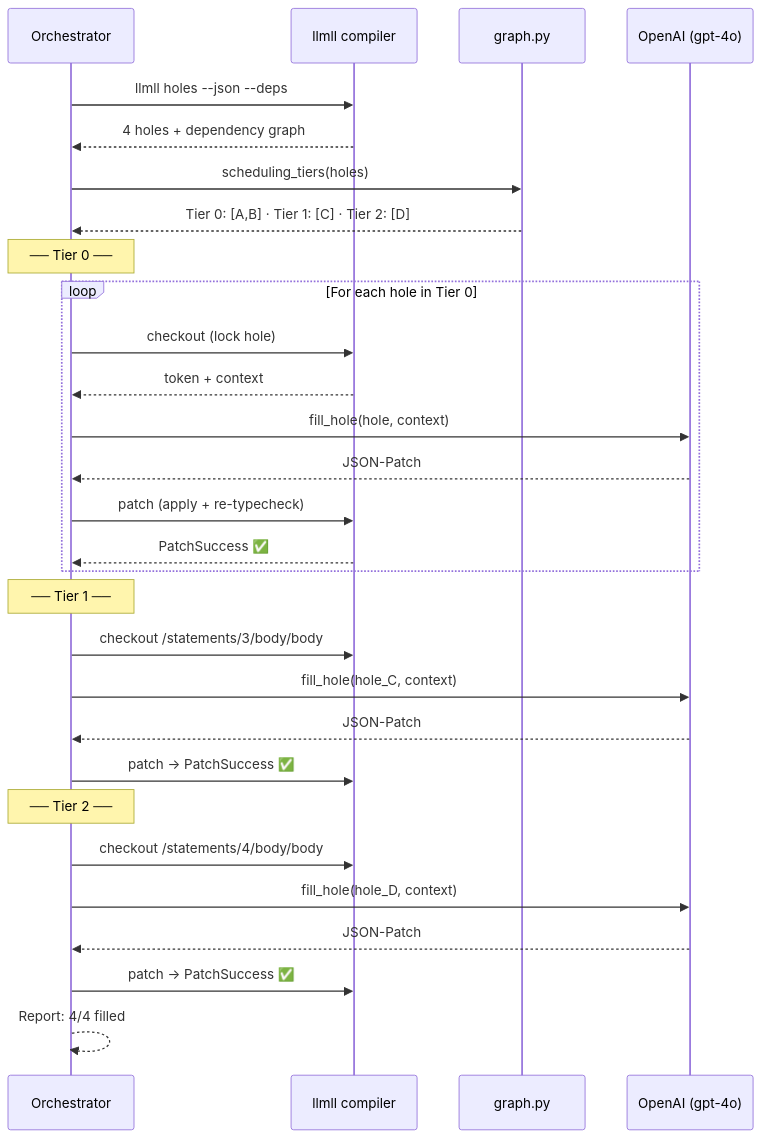
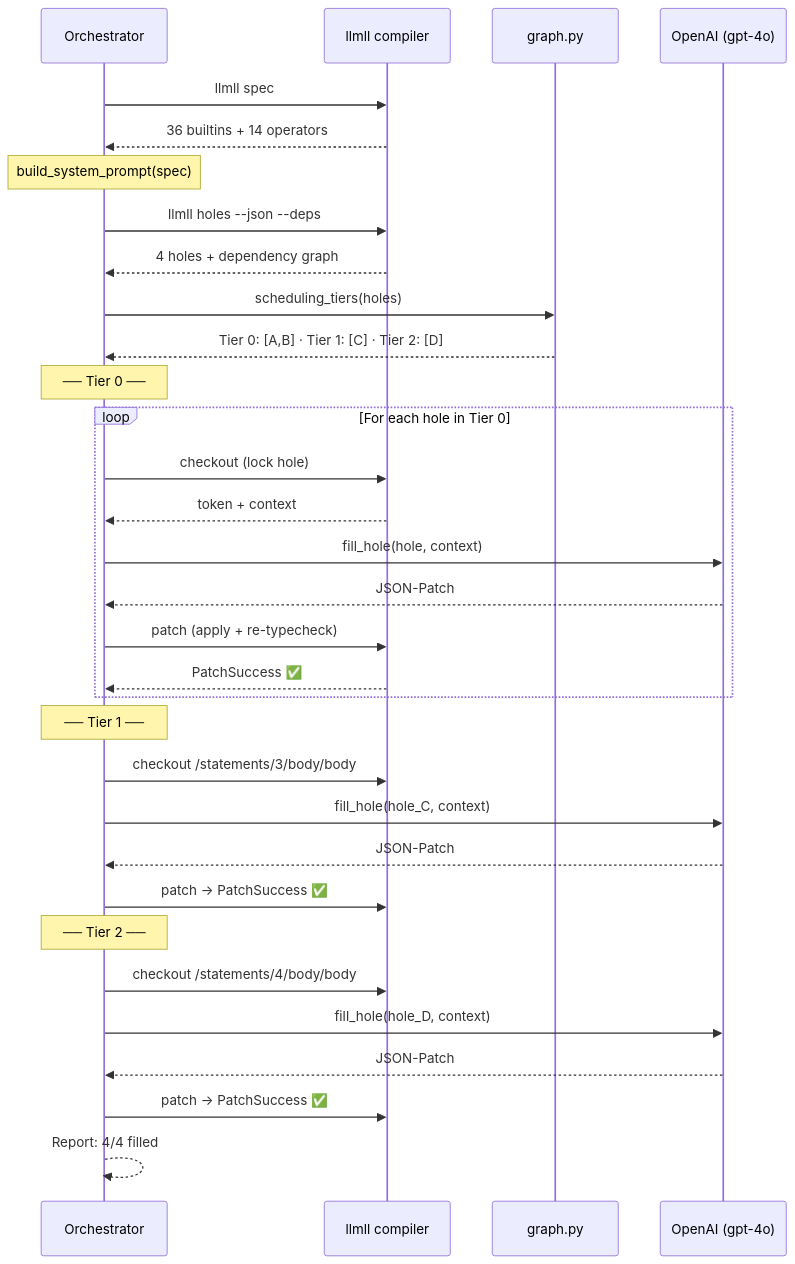
Before and after one commit to machunter/llmll: the second of 3 diagrams in docs/orchestrator-walkthrough.md, drawn with Mermaid. The commit also changed other lines of this file, not shown here.

Commit message:
docs: update orchestrator walkthrough for v0.3.4 spec command

````diff
--- a/docs/orchestrator-walkthrough.md
+++ b/docs/orchestrator-walkthrough.md
@@ -927,40 +935,44 @@
 ```mermaid
 sequenceDiagram
     participant O as Orchestrator
     participant C as llmll compiler
     participant G as graph.py
     participant A as OpenAI (gpt-4o)
+
+    O->>C: llmll spec
+    C-->>O: 36 builtins + 14 operators
+    Note over O: build_system_prompt(spec)
 
     O->>C: llmll holes --json --deps
     C-->>O: 4 holes + dependency graph
 
     O->>G: scheduling_tiers(holes)
     G-->>O: Tier 0: [A,B] · Tier 1: [C] · Tier 2: [D]
 
     Note over O: ── Tier 0 ──
 
     loop For each hole in Tier 0
         O->>C: checkout (lock hole)
         C-->>O: token + context
         O->>A: fill_hole(hole, context)
         A-->>O: JSON-Patch
         O->>C: patch (apply + re-typecheck)
         C-->>O: PatchSuccess ✅
     end
 
     Note over O: ── Tier 1 ──
 
     O->>C: checkout /statements/3/body/body
     O->>A: fill_hole(hole_C, context)
     A-->>O: JSON-Patch
     O->>C: patch → PatchSuccess ✅
 
     Note over O: ── Tier 2 ──
 
     O->>C: checkout /statements/4/body/body
     O->>A: fill_hole(hole_D, context)
     A-->>O: JSON-Patch
     O->>C: patch → PatchSuccess ✅
 
     O-->>O: Report: 4/4 filled
 ```
````
